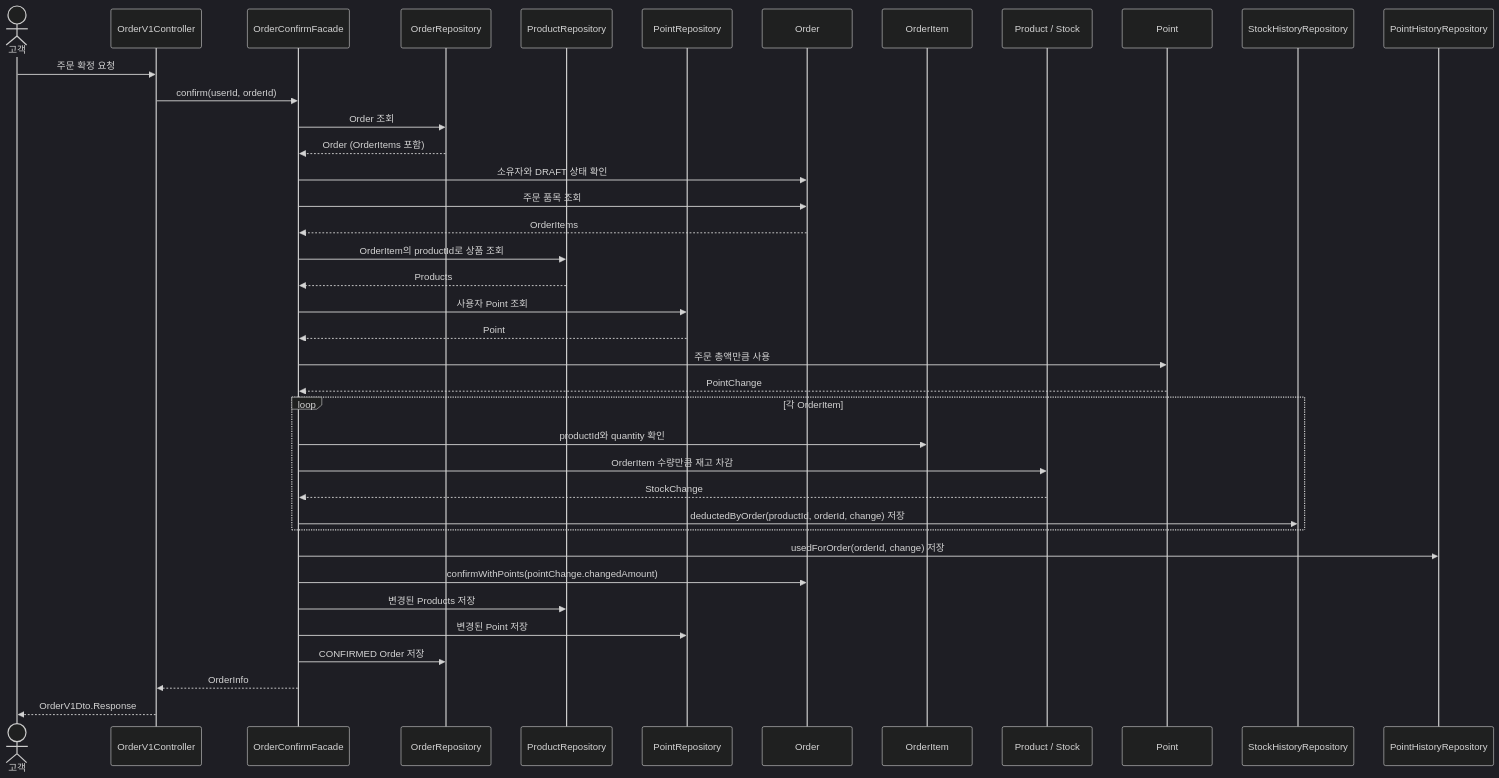
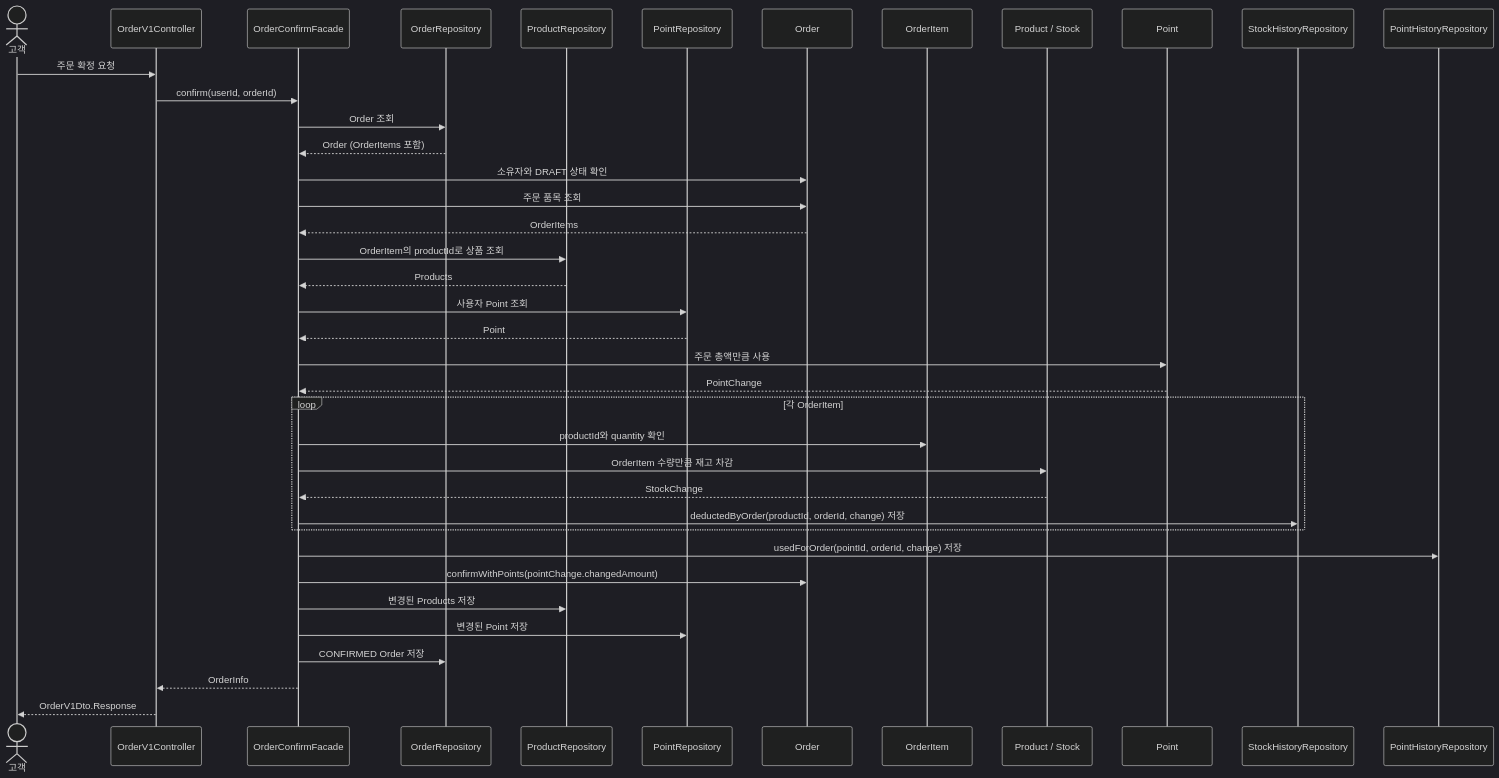
Before and after one commit to Jomeun/loop-pack-be-l2-vol5-java: the seventh of 7 diagrams in docs/week2/system-design.md, drawn with Mermaid (dark theme). The commit also changed other lines of this file, not shown here.

````diff
--- a/docs/week2/system-design.md
+++ b/docs/week2/system-design.md
@@ -528,44 +530,44 @@
 ```mermaid
 sequenceDiagram
     actor Customer as 고객
     participant Controller as OrderV1Controller
     participant Facade as OrderConfirmFacade
     participant OrderRepository
     participant ProductRepository
     participant PointRepository
     participant Order
     participant Item as OrderItem
     participant Product as Product / Stock
     participant Point
     participant StockHistoryRepository
     participant PointHistoryRepository
 
     Customer->>Controller: 주문 확정 요청
     Controller->>Facade: confirm(userId, orderId)
     Facade->>OrderRepository: Order 조회
     OrderRepository-->>Facade: Order (OrderItems 포함)
     Facade->>Order: 소유자와 DRAFT 상태 확인
     Facade->>Order: 주문 품목 조회
     Order-->>Facade: OrderItems
     Facade->>ProductRepository: OrderItem의 productId로 상품 조회
     ProductRepository-->>Facade: Products
     Facade->>PointRepository: 사용자 Point 조회
     PointRepository-->>Facade: Point
     Facade->>Point: 주문 총액만큼 사용
     Point-->>Facade: PointChange
 
     loop 각 OrderItem
         Facade->>Item: productId와 quantity 확인
         Facade->>Product: OrderItem 수량만큼 재고 차감
         Product-->>Facade: StockChange
         Facade->>StockHistoryRepository: deductedByOrder(productId, orderId, change) 저장
     end
 
-    Facade->>PointHistoryRepository: usedForOrder(orderId, change) 저장
+    Facade->>PointHistoryRepository: usedForOrder(pointId, orderId, change) 저장
     Facade->>Order: confirmWithPoints(pointChange.changedAmount)
     Facade->>ProductRepository: 변경된 Products 저장
     Facade->>PointRepository: 변경된 Point 저장
     Facade->>OrderRepository: CONFIRMED Order 저장
     Facade-->>Controller: OrderInfo
     Controller-->>Customer: OrderV1Dto.Response
 ```
````
